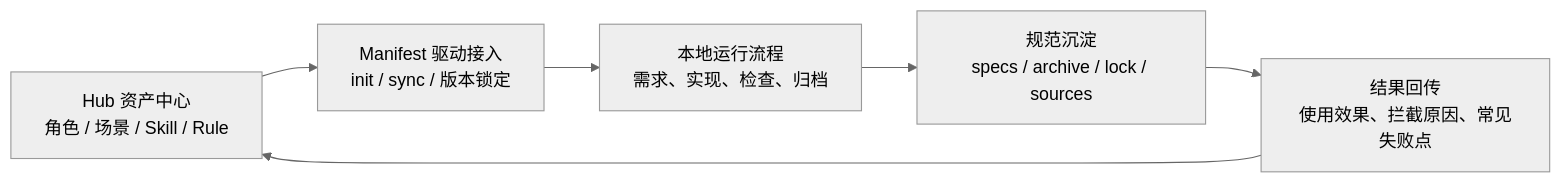
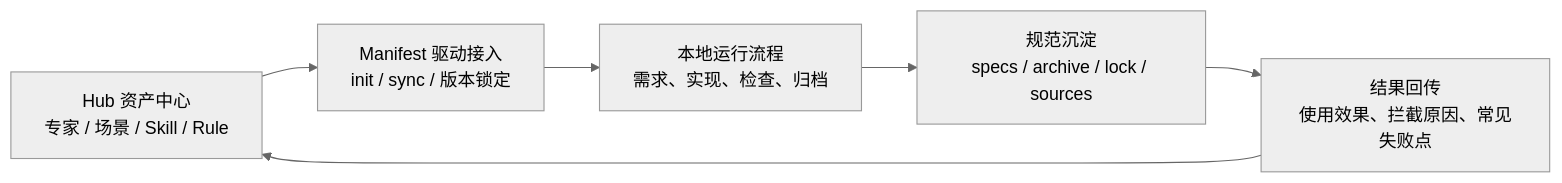
Before and after one commit to Colouful/br-ai-spec: the seventh of 7 diagrams in docs/paser_three/开发人员规范化开发实践-流程图版.md, drawn with Mermaid (neutral theme). The commit also changed other lines of this file and 17 other files, not shown here.

````diff
--- a/docs/paser_three/开发人员规范化开发实践-流程图版.md
+++ b/docs/paser_three/开发人员规范化开发实践-流程图版.md
@@ -315,8 +315,8 @@
 ```mermaid
 flowchart LR
-    Hub["Hub 资产中心<br/>角色 / 场景 / Skill / Rule"] --> Sync["Manifest 驱动接入<br/>init / sync / 版本锁定"]
+    Hub["Hub 资产中心<br/>专家 / 场景 / Skill / Rule"] --> Sync["Manifest 驱动接入<br/>init / sync / 版本锁定"]
     Sync --> Runtime["本地运行流程<br/>需求、实现、检查、归档"]
     Runtime --> Archive["规范沉淀<br/>specs / archive / lock / sources"]
     Archive --> Feedback["结果回传<br/>使用效果、拦截原因、常见失败点"]
     Feedback --> Hub
 ```
````
